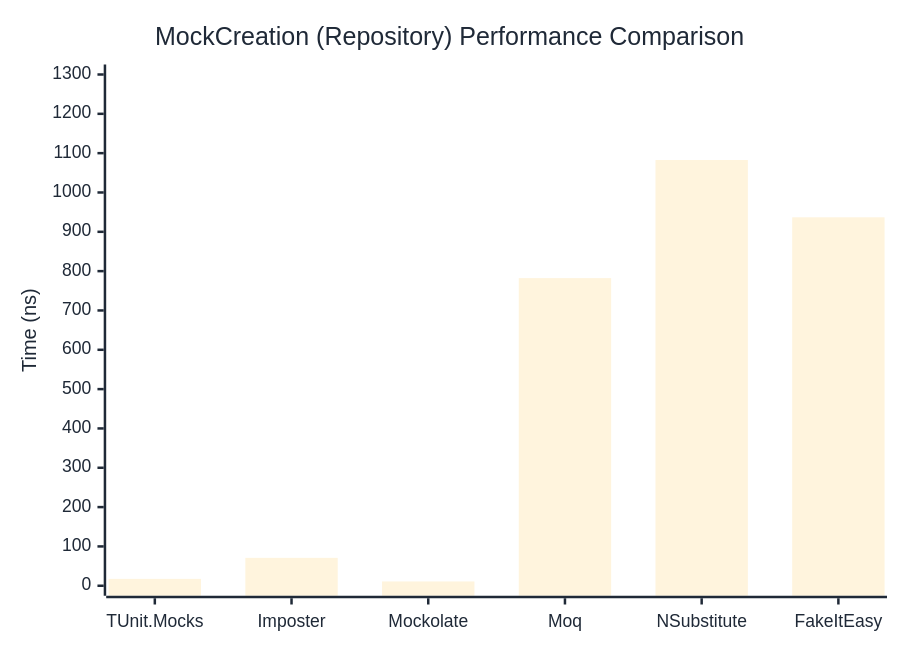
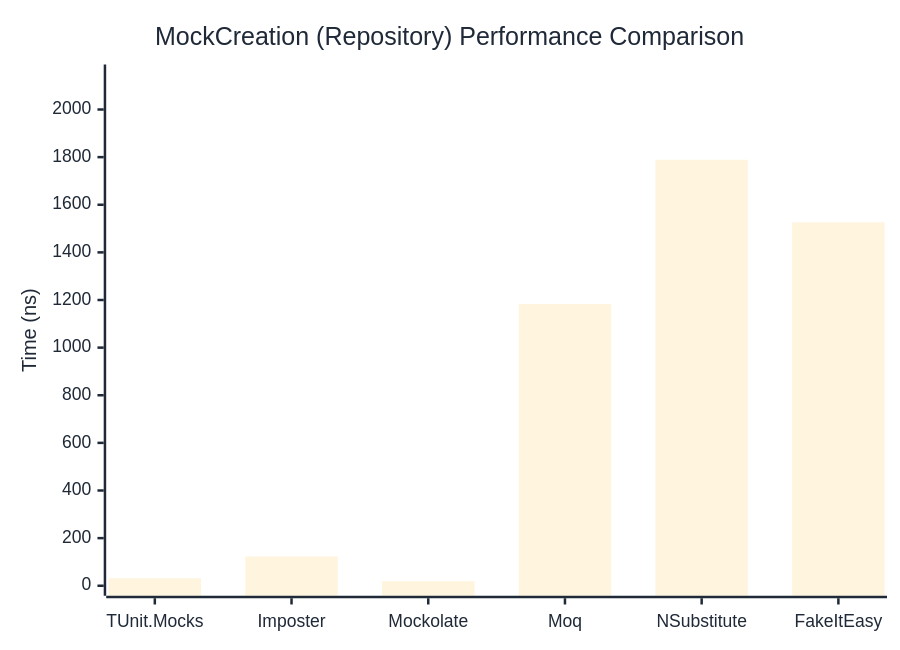
One commit to thomhurst/TUnit changed the second of 2 diagrams in docs/docs/benchmarks/mocks/MockCreation.md. Above: the diagram before and after it, drawn with Mermaid. The commit also changed other lines of this file and 14 other files, not shown here.

````diff
--- a/docs/docs/benchmarks/mocks/MockCreation.md
+++ b/docs/docs/benchmarks/mocks/MockCreation.md
@@ -71,27 +71,27 @@
 ```mermaid
 %%{init: {
   'theme':'base',
   'themeVariables': {
     'primaryColor': '#2563eb',
     'primaryTextColor': '#1f2937',
     'primaryBorderColor': '#1e40af',
     'lineColor': '#6b7280',
     'secondaryColor': '#7c3aed',
     'tertiaryColor': '#dc2626',
     'background': '#ffffff',
     'pie1': '#2563eb',
     'pie2': '#7c3aed',
     'pie3': '#dc2626',
     'pie4': '#f59e0b',
     'pie5': '#10b981',
     'pie6': '#06b6d4',
     'pie7': '#ec4899',
     'pie8': '#6366f1'
   }
 }}%%
 xychart-beta
   title "MockCreation (Repository) Performance Comparison"
   x-axis ["TUnit.Mocks", "Imposter", "Mockolate", "Moq", "NSubstitute", "FakeItEasy"]
-  y-axis "Time (ns)" 0 --> 1300
-  bar [17.51, 70.92, 10.98, 782.3, 1082.51, 936.88]
+  y-axis "Time (ns)" 0 --> 2147
+  bar [31.47, 122.95, 19.2, 1183.24, 1788.8, 1525.93]
 ```
````
